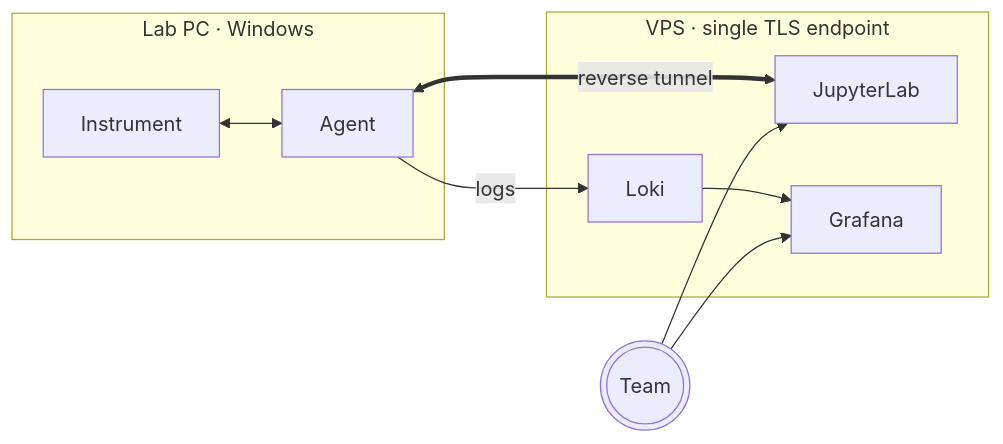
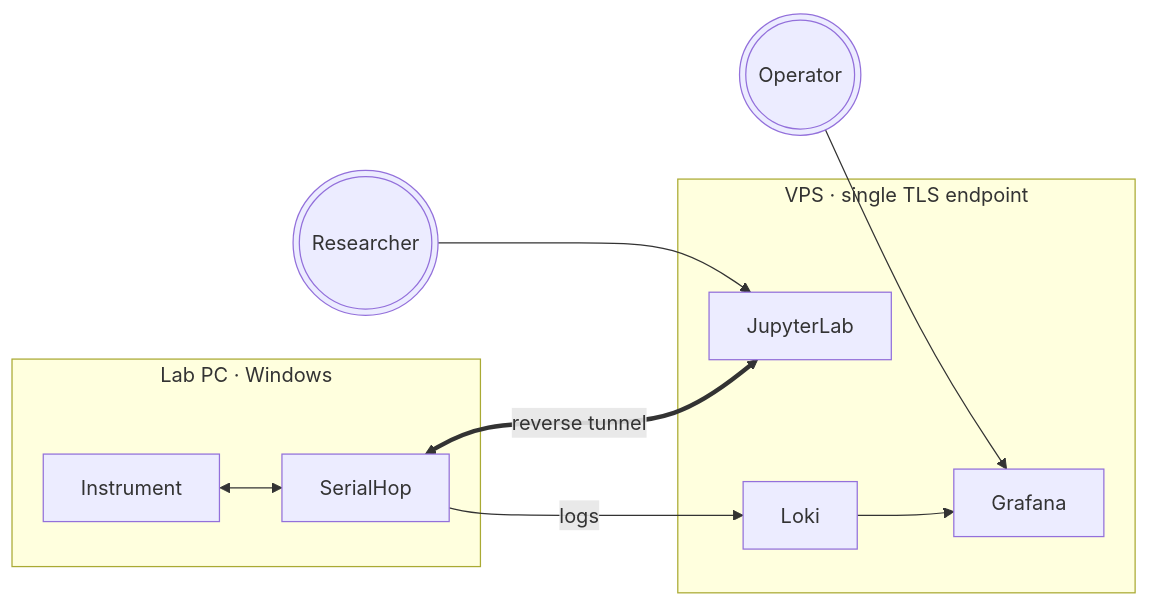
One commit to bioexperiment-lab-devices/lab-bridge changed the diagram in public_docs/index.md. Above: the diagram before and after it, drawn with Mermaid. The commit also changed other lines of this file and 4 other files, not shown here.

````diff
--- a/public_docs/index.md
+++ b/public_docs/index.md
@@ -33,21 +20,21 @@
 ```mermaid
 flowchart LR
     subgraph LabPC["Lab PC · Windows"]
         Instrument
-        Agent
+        Agent[SerialHop]
         Instrument <--> Agent
     end
 
     subgraph VPSbox["VPS · single TLS endpoint"]
         JupyterLab
         Loki
         Grafana
         Loki --> Grafana
     end
 
     Agent <==>|reverse tunnel| JupyterLab
     Agent -->|logs| Loki
 
-    Team(((Team))) --> JupyterLab
-    Team --> Grafana
+    Researcher(((Researcher))) --> JupyterLab
+    Operator(((Operator))) --> Grafana
 ```
````
